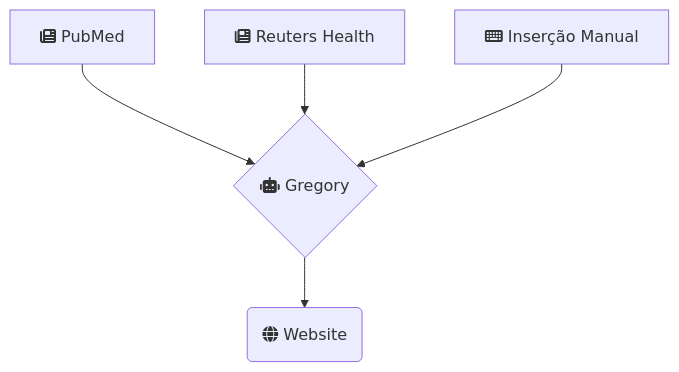
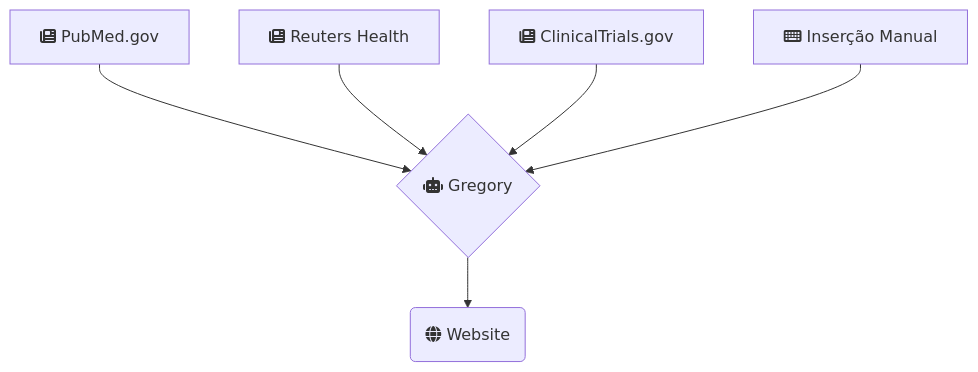
The diagram in content/about/index.md (brunoamaral/gregory-ai), drawn with Mermaid before and after one commit. The commit also changed other lines of this file and 2 other files, not shown here.

````diff
--- a/content/about/index.md
+++ b/content/about/index.md
@@ -25,7 +41,8 @@
 ```mermaid
 graph TD;
-    PubMed[fa:fa-newspaper PubMed] -->Gregory;
+    PubMed[fa:fa-newspaper PubMed.gov] -->Gregory;
     Reuters[fa:fa-newspaper Reuters Health]-->Gregory;
+    ClinicalTrials[fa:fa-newspaper ClinicalTrials.gov]-->Gregory;
     Manual[fa:fa-keyboard Inserção Manual]-->Gregory;
     Gregory{fa:fa-robot Gregory}-->Website(fa:fa-globe Website)
 ```
````
